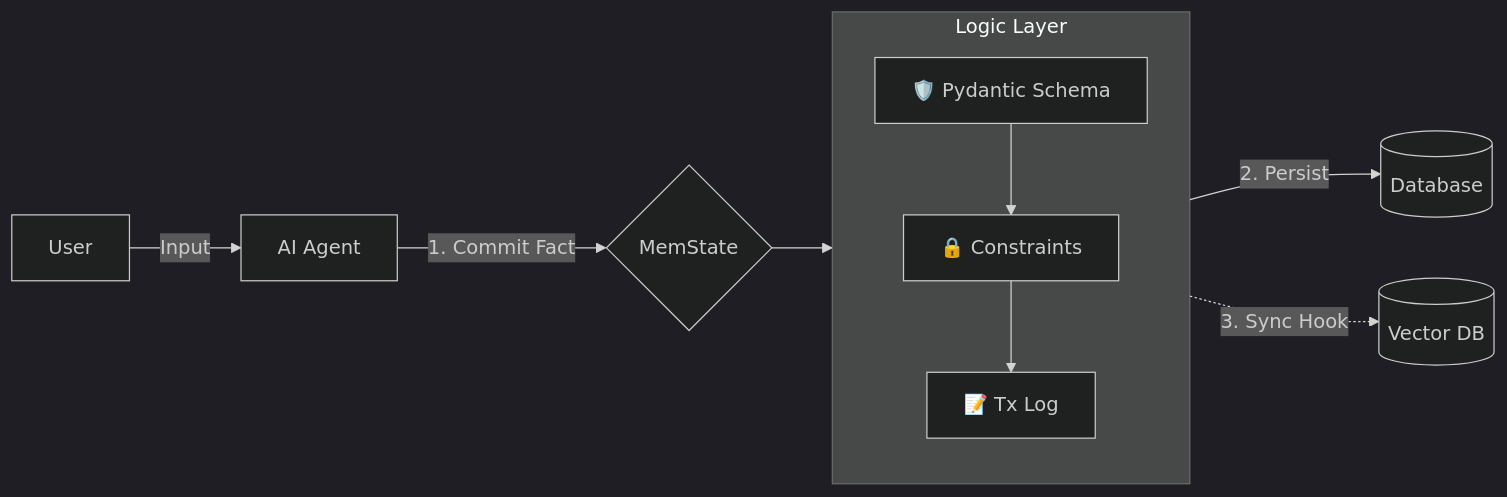
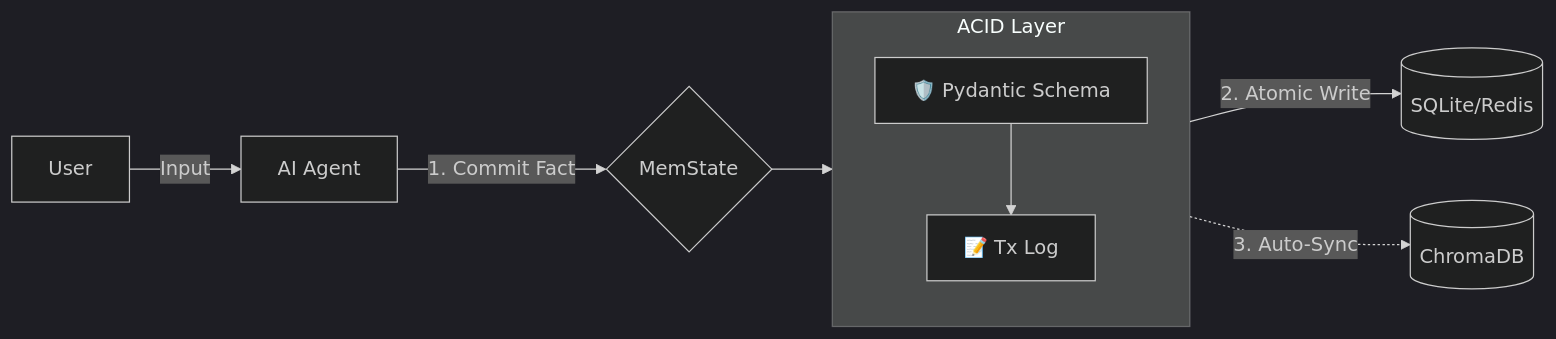
One commit to scream4ik/MemState changed the diagram in README.md. Above: the diagram before and after it, drawn with Mermaid (dark theme). The commit also changed other lines of this file and 1 other file, not shown here.

````diff
--- a/README.md
+++ b/README.md
@@ -37,17 +41,16 @@
 ```mermaid
 flowchart LR
     User[User] -->|Input| Agent[AI Agent]
     Agent -->|1. Commit Fact| Mem{MemState}
 
-    subgraph Core [Logic Layer]
+    subgraph Core [ACID Layer]
         direction TB
         Schema[🛡️ Pydantic Schema]
-        Const[🔒 Constraints]
         Log[📝 Tx Log]
     end
 
-    Mem --> Schema --> Const --> Log
+    Mem --> Schema --> Log
 
-    Log -->|2. Persist| DB[(Database)]
-    Log -.->|3. Sync Hook| Vec[(Vector DB)]
+    Log -->|2. Atomic Write| DB[(SQLite/Redis)]
+    Log -.->|3. Auto-Sync| Vec[(ChromaDB)]
 ```
````
